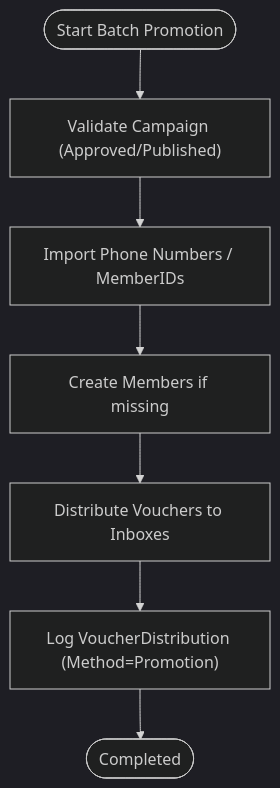
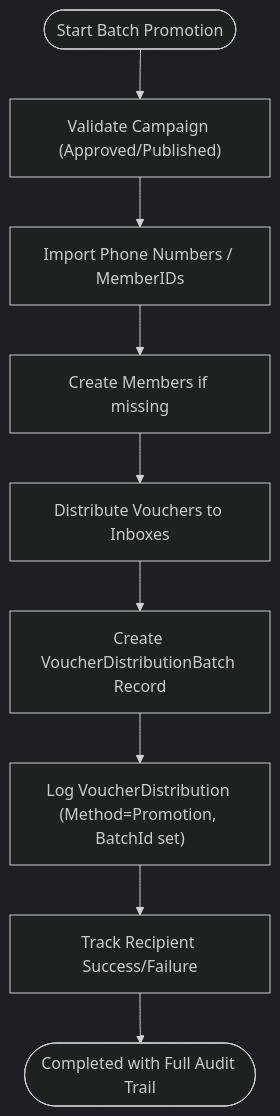
The fourth of 9 diagrams in .qoder/repowiki/en/content/Business Logic and Workflows/Multi-Channel Distribution System.md (lamhongbac/NonCash), drawn with Mermaid (dark theme) before and after one commit. The commit also changed other lines of this file and 111 other files, not shown here.

````diff
--- a/.qoder/repowiki/en/content/Business Logic and Workflows/Multi-Channel Distribution System.md
+++ b/.qoder/repowiki/en/content/Business Logic and Workflows/Multi-Channel Distribution System.md
@@ -172,9 +204,11 @@
 ```mermaid
 flowchart TD
 Start(["Start Batch Promotion"]) --> Validate["Validate Campaign (Approved/Published)"]
 Validate --> Import["Import Phone Numbers / MemberIDs"]
 Import --> CreateMembers["Create Members if missing"]
 CreateMembers --> Distribute["Distribute Vouchers to Inboxes"]
-Distribute --> Log["Log VoucherDistribution (Method=Promotion)"]
-Log --> End(["Completed"])
+Distribute --> CreateBatch["Create VoucherDistributionBatch Record"]
+CreateBatch --> Log["Log VoucherDistribution (Method=Promotion, BatchId set)"]
+Log --> Track["Track Recipient Success/Failure"]
+Track --> End(["Completed with Full Audit Trail"])
 ```
````
